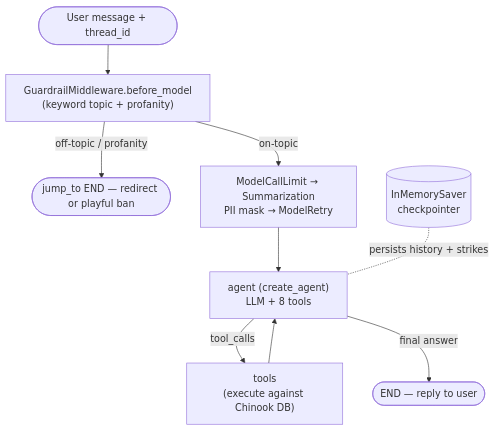
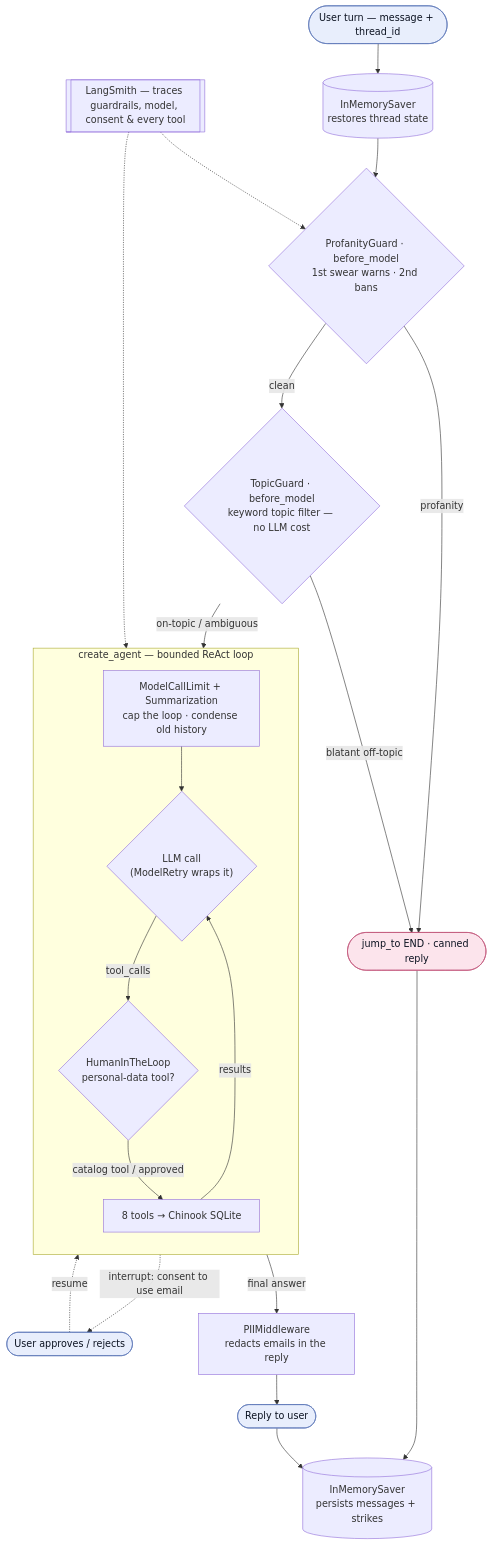
The diagram in README.md (flamarion/musicstore-chatbot), drawn with Mermaid before and after one commit. The commit also changed other lines of this file and 13 other files, not shown here.

````diff
--- a/README.md
+++ b/README.md
@@ -102,11 +104,35 @@
 ```mermaid
 flowchart TD
-    U([User message + thread_id]) --> G["GuardrailMiddleware.before_model<br/>(keyword topic + profanity)"]
-    G -->|off-topic / profanity| Eg([jump_to END — redirect or playful ban])
-    G -->|on-topic| L["ModelCallLimit → Summarization<br/>PII mask → ModelRetry"]
-    L --> A["agent (create_agent)<br/>LLM + 8 tools"]
-    A -->|tool_calls| T["tools<br/>(execute against Chinook DB)"]
-    T --> A
-    A -->|final answer| Ef([END — reply to user])
-    CP[("InMemorySaver<br/>checkpointer")] -. persists history + strikes .- A
+    U(["User turn — message + thread_id"]) --> CPR[("InMemorySaver<br/>restores thread state")]
+    CPR --> PG{"ProfanityGuard · before_model<br/>1st swear warns · 2nd bans"}
+
+    PG -- "profanity" --> STOP(["jump_to END · canned reply"])
+    PG -- "clean" --> TG{"TopicGuard · before_model<br/>keyword topic filter — no LLM cost"}
+    TG -- "blatant off-topic" --> STOP
+    TG -- "on-topic / ambiguous" --> LIM
+
+    subgraph agentloop["create_agent — bounded ReAct loop"]
+        direction TB
+        LIM["ModelCallLimit + Summarization<br/>cap the loop · condense old history"] --> M{"LLM call<br/>(ModelRetry wraps it)"}
+        M -- "tool_calls" --> HITL{"HumanInTheLoop<br/>personal-data tool?"}
+        HITL -- "catalog tool / approved" --> T["8 tools → Chinook SQLite"]
+        T -- "results" --> M
+    end
+
+    HITL -. "interrupt: consent to use email" .-> CONSENT(["User approves / rejects"])
+    CONSENT -. "resume" .-> HITL
+
+    M -- "final answer" --> PII["PIIMiddleware<br/>redacts emails in the reply"]
+    PII --> R(["Reply to user"])
+    STOP --> CPW[("InMemorySaver<br/>persists messages + strikes")]
+    R --> CPW
+
+    LS[["LangSmith — traces guardrails, model, consent & every tool"]]
+    LS -.-> PG
+    LS -.-> M
+
+    classDef io fill:#e8eefc,stroke:#5b76b8,color:#0b1220;
+    classDef stop fill:#fce4ec,stroke:#c2557a,color:#0b1220;
+    class U,R,CONSENT io;
+    class STOP stop;
 ```
````
